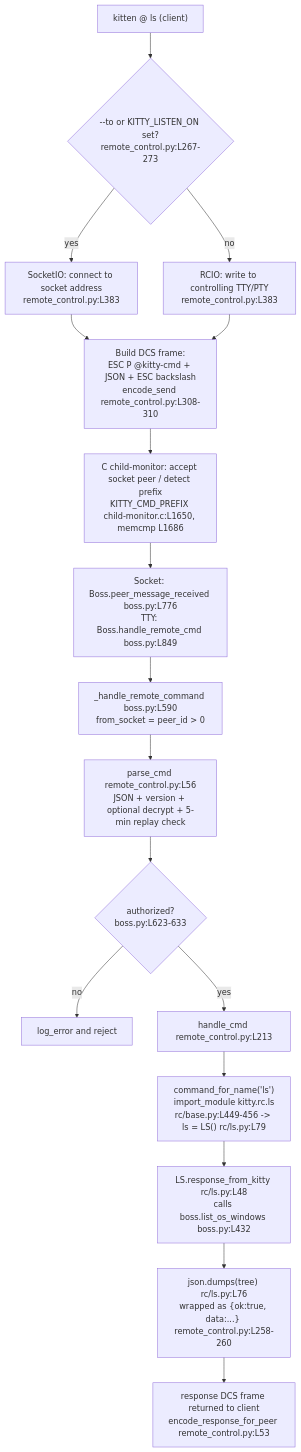
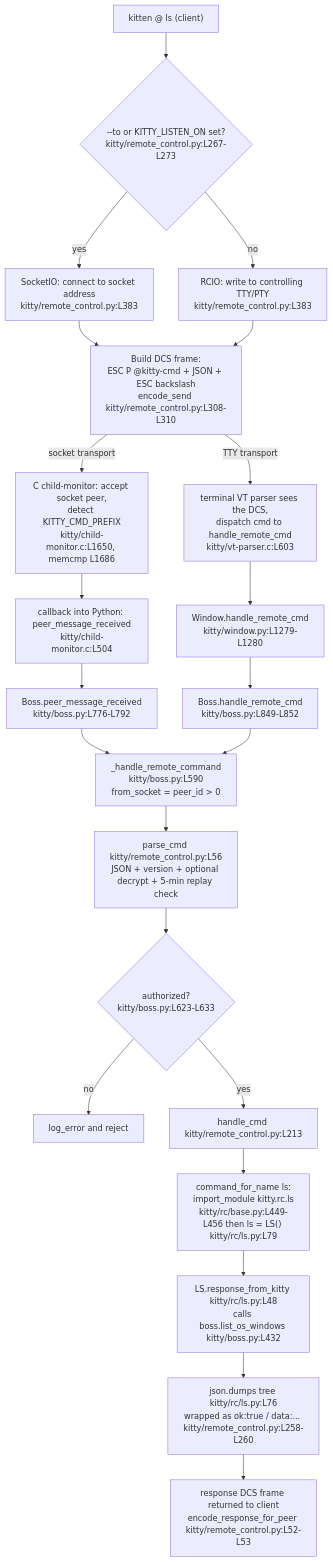
The diagram in blitzy/documentation/kitty_815df1e210e0.md (blitzy-research/kitty), drawn with Mermaid before and after one commit. The commit also changed other lines of this file, not shown here.

````diff
--- a/blitzy/documentation/kitty_815df1e210e0.md
+++ b/blitzy/documentation/kitty_815df1e210e0.md
@@ -836,19 +871,24 @@
 ```mermaid
 flowchart TD
-    A["kitten @ ls (client)"] --> B{"--to or KITTY_LISTEN_ON set?<br/>remote_control.py:L267-273"}
-    B -->|yes| C["SocketIO: connect to socket address<br/>remote_control.py:L383"]
-    B -->|no| D["RCIO: write to controlling TTY/PTY<br/>remote_control.py:L383"]
-    C --> E["Build DCS frame:<br/>ESC P @kitty-cmd + JSON + ESC backslash<br/>encode_send remote_control.py:L308-310"]
+    A["kitten @ ls (client)"] --> B{"--to or KITTY_LISTEN_ON set?<br/>kitty/remote_control.py:L267-L273"}
+    B -->|yes| C["SocketIO: connect to socket address<br/>kitty/remote_control.py:L383"]
+    B -->|no| D["RCIO: write to controlling TTY/PTY<br/>kitty/remote_control.py:L383"]
+    C --> E["Build DCS frame:<br/>ESC P @kitty-cmd + JSON + ESC backslash<br/>encode_send kitty/remote_control.py:L308-L310"]
     D --> E
-    E --> F["C child-monitor: accept socket peer / detect prefix<br/>KITTY_CMD_PREFIX child-monitor.c:L1650, memcmp L1686"]
-    F --> G["Socket: Boss.peer_message_received boss.py:L776<br/>TTY: Boss.handle_remote_cmd boss.py:L849"]
-    G --> H["_handle_remote_command boss.py:L590<br/>from_socket = peer_id > 0"]
-    H --> I["parse_cmd remote_control.py:L56<br/>JSON + version + optional decrypt + 5-min replay check"]
-    I --> J{"authorized?<br/>boss.py:L623-633"}
+    E -->|socket transport| FS["C child-monitor: accept socket peer,<br/>detect KITTY_CMD_PREFIX<br/>kitty/child-monitor.c:L1650, memcmp L1686"]
+    FS --> GS["callback into Python: peer_message_received<br/>kitty/child-monitor.c:L504"]
+    GS --> HS["Boss.peer_message_received<br/>kitty/boss.py:L776-L792"]
+    HS --> Z["_handle_remote_command<br/>kitty/boss.py:L590<br/>from_socket = peer_id > 0"]
+    E -->|TTY transport| FT["terminal VT parser sees the DCS,<br/>dispatch cmd to handle_remote_cmd<br/>kitty/vt-parser.c:L603"]
+    FT --> GT["Window.handle_remote_cmd<br/>kitty/window.py:L1279-L1280"]
+    GT --> HT["Boss.handle_remote_cmd<br/>kitty/boss.py:L849-L852"]
+    HT --> Z
+    Z --> I["parse_cmd kitty/remote_control.py:L56<br/>JSON + version + optional decrypt + 5-min replay check"]
+    I --> J{"authorized?<br/>kitty/boss.py:L623-L633"}
     J -->|no| K["log_error and reject"]
-    J -->|yes| L["handle_cmd remote_control.py:L213"]
-    L --> M["command_for_name('ls')<br/>import_module kitty.rc.ls<br/>rc/base.py:L449-456 -> ls = LS() rc/ls.py:L79"]
-    M --> N["LS.response_from_kitty rc/ls.py:L48<br/>calls boss.list_os_windows boss.py:L432"]
-    N --> O["json.dumps(tree) rc/ls.py:L76<br/>wrapped as {ok:true, data:...} remote_control.py:L258-260"]
-    O --> P["response DCS frame returned to client<br/>encode_response_for_peer remote_control.py:L53"]
+    J -->|yes| L["handle_cmd kitty/remote_control.py:L213"]
+    L --> M["command_for_name ls:<br/>import_module kitty.rc.ls<br/>kitty/rc/base.py:L449-L456 then ls = LS() kitty/rc/ls.py:L79"]
+    M --> N["LS.response_from_kitty kitty/rc/ls.py:L48<br/>calls boss.list_os_windows kitty/boss.py:L432"]
+    N --> O["json.dumps tree kitty/rc/ls.py:L76<br/>wrapped as ok:true / data:... kitty/remote_control.py:L258-L260"]
+    O --> P["response DCS frame returned to client<br/>encode_response_for_peer kitty/remote_control.py:L52-L53"]
 ```
````
